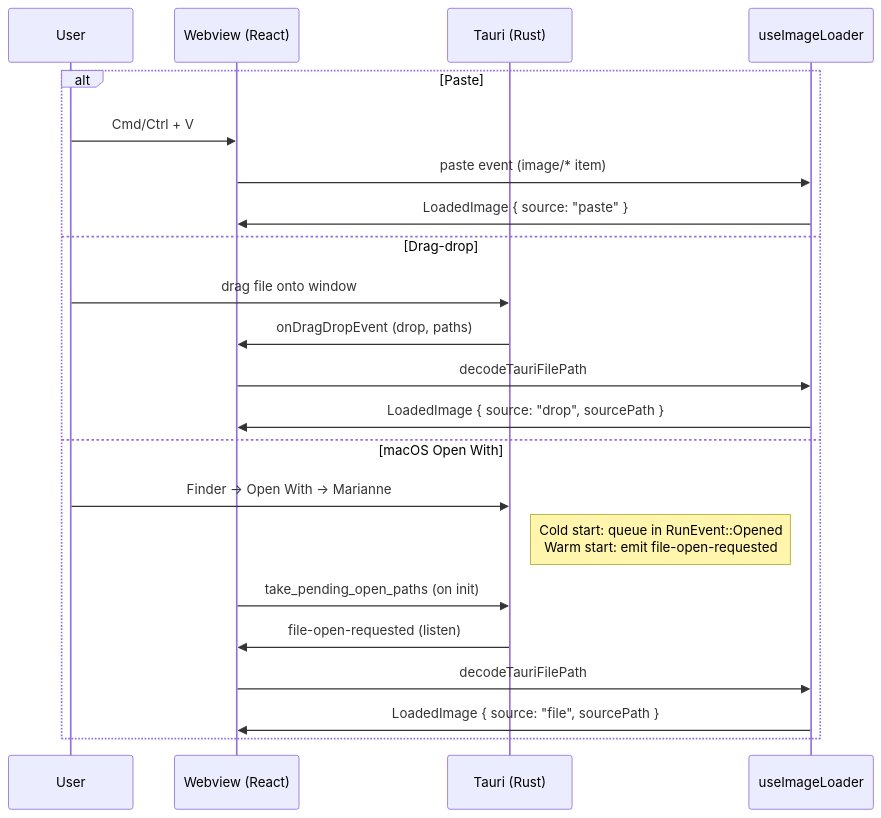
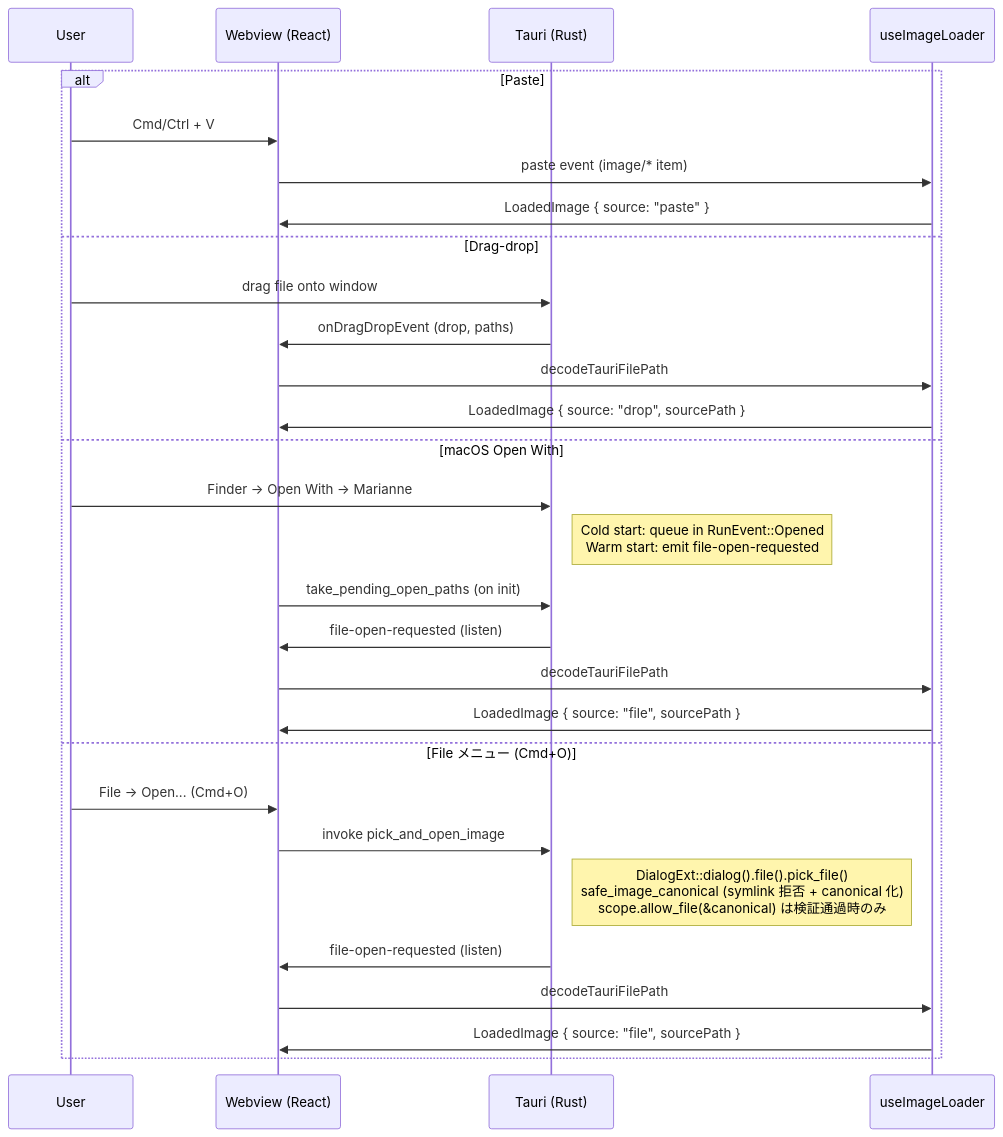
The fourth of 5 diagrams in site/src/content/docs/ja/architecture.mdx (takecy/marianne), drawn with Mermaid before and after one commit. The commit also changed other lines of this file and 62 other files, not shown here.

````diff
--- a/site/src/content/docs/ja/architecture.mdx
+++ b/site/src/content/docs/ja/architecture.mdx
@@ -114,25 +117,32 @@
 ```mermaid
 sequenceDiagram
   participant User
   participant Webview as Webview (React)
   participant Rust as Tauri (Rust)
   participant Loader as useImageLoader
 
   alt Paste
     User->>Webview: Cmd/Ctrl + V
     Webview->>Loader: paste event (image/* item)
     Loader->>Webview: LoadedImage { source: "paste" }
   else Drag-drop
     User->>Rust: drag file onto window
     Rust->>Webview: onDragDropEvent (drop, paths)
     Webview->>Loader: decodeTauriFilePath
     Loader->>Webview: LoadedImage { source: "drop", sourcePath }
   else macOS Open With
     User->>Rust: Finder → Open With → Marianne
     Note right of Rust: Cold start: queue in RunEvent::Opened<br/>Warm start: emit file-open-requested
     Webview->>Rust: take_pending_open_paths (on init)
     Rust->>Webview: file-open-requested (listen)
     Webview->>Loader: decodeTauriFilePath
     Loader->>Webview: LoadedImage { source: "file", sourcePath }
+  else File メニュー (Cmd+O)
+    User->>Webview: File → Open... (Cmd+O)
+    Webview->>Rust: invoke pick_and_open_image
+    Note right of Rust: DialogExt::dialog().file().pick_file()<br/>safe_image_canonical (symlink 拒否 + canonical 化)<br/>scope.allow_file(&canonical) は検証通過時のみ
+    Rust->>Webview: file-open-requested (listen)
+    Webview->>Loader: decodeTauriFilePath
+    Loader->>Webview: LoadedImage { source: "file", sourcePath }
   end
 ```
````
